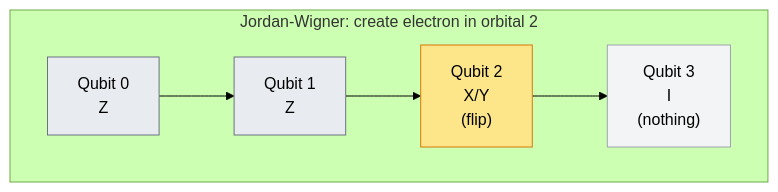
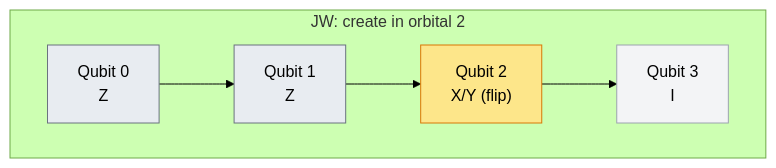
The second of 7 diagrams in book/05-visual-encodings.md (johnazariah/encodings), drawn with Mermaid (forest theme) before and after one commit. The commit also changed other lines of this file and 2 other files, not shown here.

First line of the commit message:
book: fix diagram clipping and text sizing in Ch 5

````diff
--- a/book/05-visual-encodings.md
+++ b/book/05-visual-encodings.md
@@ -128,13 +128,13 @@
 ```mermaid
 flowchart LR
-    subgraph JW["Jordan-Wigner: create electron in orbital 2"]
+    subgraph JW["JW: create in orbital 2"]
         direction LR
         Z0["Qubit 0<br/>Z"] --> Z1["Qubit 1<br/>Z"]
-        Z1 --> Flip["Qubit 2<br/>X/Y<br/>(flip)"]
-        Flip --> I3["Qubit 3<br/>I<br/>(nothing)"]
+        Z1 --> Flip["Qubit 2<br/>X/Y (flip)"]
+        Flip --> I3["Qubit 3<br/>I"]
     end
     style Z0 fill:#e8ecf1,stroke:#6b7280
     style Z1 fill:#e8ecf1,stroke:#6b7280
     style Flip fill:#fde68a,stroke:#d97706
     style I3 fill:#f3f4f6,stroke:#9ca3af
 ```
````
